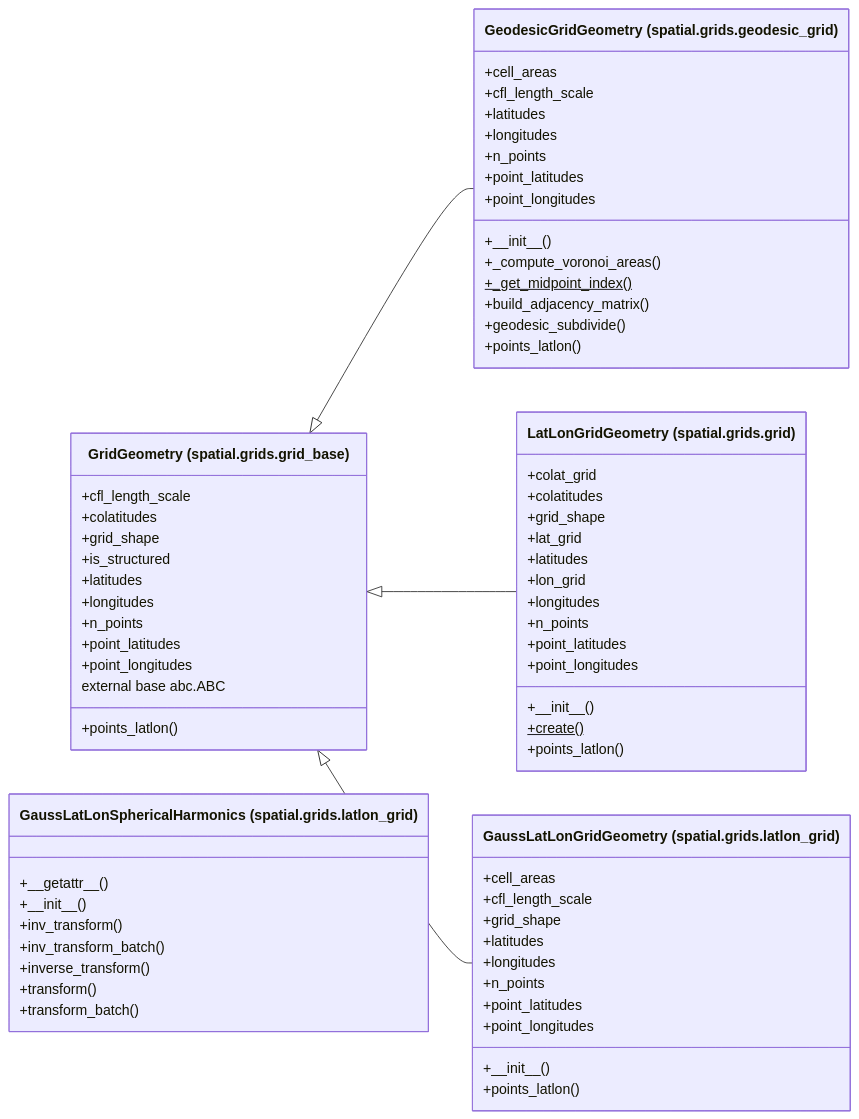
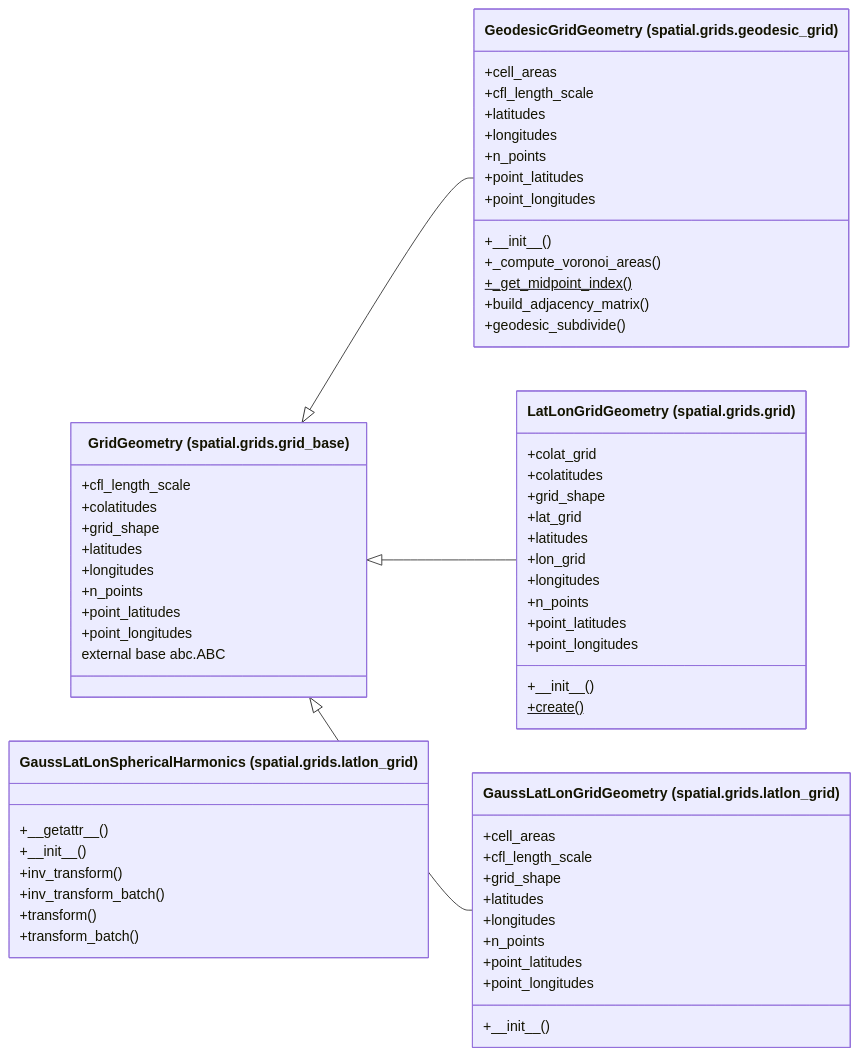
The diagram in docs/architecture/current/classes/tropoi.spatial.grids.mmd (AlexandreEros/Palintropos), drawn with Mermaid before and after one commit. The commit also changed 45 other files, not shown here.

```diff
--- a/docs/architecture/current/classes/tropoi.spatial.grids.mmd
+++ b/docs/architecture/current/classes/tropoi.spatial.grids.mmd
@@ -1,66 +1,60 @@
 %% Generated by tools.architecture 1.0.0. Do not edit by hand.
 %% All classes defined in package tropoi.spatial.grids.
 classDiagram
     direction LR
     class c_tropoi_ospatial_ogrids_ogeodesic__grid_oGeodesicGridGeometry["GeodesicGridGeometry (spatial.grids.geodesic_grid)"]
     c_tropoi_ospatial_ogrids_ogeodesic__grid_oGeodesicGridGeometry : +#95;#95;init#95;#95;()
     c_tropoi_ospatial_ogrids_ogeodesic__grid_oGeodesicGridGeometry : +#95;compute#95;voronoi#95;areas()
     c_tropoi_ospatial_ogrids_ogeodesic__grid_oGeodesicGridGeometry : +#95;get#95;midpoint#95;index()$
     c_tropoi_ospatial_ogrids_ogeodesic__grid_oGeodesicGridGeometry : +build#95;adjacency#95;matrix()
     c_tropoi_ospatial_ogrids_ogeodesic__grid_oGeodesicGridGeometry : +cell#95;areas
     c_tropoi_ospatial_ogrids_ogeodesic__grid_oGeodesicGridGeometry : +cfl#95;length#95;scale
     c_tropoi_ospatial_ogrids_ogeodesic__grid_oGeodesicGridGeometry : +geodesic#95;subdivide()
     c_tropoi_ospatial_ogrids_ogeodesic__grid_oGeodesicGridGeometry : +latitudes
     c_tropoi_ospatial_ogrids_ogeodesic__grid_oGeodesicGridGeometry : +longitudes
     c_tropoi_ospatial_ogrids_ogeodesic__grid_oGeodesicGridGeometry : +n#95;points
     c_tropoi_ospatial_ogrids_ogeodesic__grid_oGeodesicGridGeometry : +point#95;latitudes
     c_tropoi_ospatial_ogrids_ogeodesic__grid_oGeodesicGridGeometry : +point#95;longitudes
-    c_tropoi_ospatial_ogrids_ogeodesic__grid_oGeodesicGridGeometry : +points#95;latlon()
     class c_tropoi_ospatial_ogrids_ogrid_oLatLonGridGeometry["LatLonGridGeometry (spatial.grids.grid)"]
     c_tropoi_ospatial_ogrids_ogrid_oLatLonGridGeometry : +#95;#95;init#95;#95;()
     c_tropoi_ospatial_ogrids_ogrid_oLatLonGridGeometry : +colat#95;grid
     c_tropoi_ospatial_ogrids_ogrid_oLatLonGridGeometry : +colatitudes
     c_tropoi_ospatial_ogrids_ogrid_oLatLonGridGeometry : +create()$
     c_tropoi_ospatial_ogrids_ogrid_oLatLonGridGeometry : +grid#95;shape
     c_tropoi_ospatial_ogrids_ogrid_oLatLonGridGeometry : +lat#95;grid
     c_tropoi_ospatial_ogrids_ogrid_oLatLonGridGeometry : +latitudes
     c_tropoi_ospatial_ogrids_ogrid_oLatLonGridGeometry : +lon#95;grid
     c_tropoi_ospatial_ogrids_ogrid_oLatLonGridGeometry : +longitudes
     c_tropoi_ospatial_ogrids_ogrid_oLatLonGridGeometry : +n#95;points
     c_tropoi_ospatial_ogrids_ogrid_oLatLonGridGeometry : +point#95;latitudes
     c_tropoi_ospatial_ogrids_ogrid_oLatLonGridGeometry : +point#95;longitudes
-    c_tropoi_ospatial_ogrids_ogrid_oLatLonGridGeometry : +points#95;latlon()
     class c_tropoi_ospatial_ogrids_ogrid__base_oGridGeometry["GridGeometry (spatial.grids.grid_base)"]
     c_tropoi_ospatial_ogrids_ogrid__base_oGridGeometry : +cfl#95;length#95;scale
     c_tropoi_ospatial_ogrids_ogrid__base_oGridGeometry : +colatitudes
     c_tropoi_ospatial_ogrids_ogrid__base_oGridGeometry : +grid#95;shape
-    c_tropoi_ospatial_ogrids_ogrid__base_oGridGeometry : +is#95;structured
     c_tropoi_ospatial_ogrids_ogrid__base_oGridGeometry : +latitudes
     c_tropoi_ospatial_ogrids_ogrid__base_oGridGeometry : +longitudes
     c_tropoi_ospatial_ogrids_ogrid__base_oGridGeometry : +n#95;points
     c_tropoi_ospatial_ogrids_ogrid__base_oGridGeometry : +point#95;latitudes
     c_tropoi_ospatial_ogrids_ogrid__base_oGridGeometry : +point#95;longitudes
-    c_tropoi_ospatial_ogrids_ogrid__base_oGridGeometry : +points#95;latlon()
     c_tropoi_ospatial_ogrids_ogrid__base_oGridGeometry : external base abc.ABC
     class c_tropoi_ospatial_ogrids_olatlon__grid_oGaussLatLonGridGeometry["GaussLatLonGridGeometry (spatial.grids.latlon_grid)"]
     c_tropoi_ospatial_ogrids_olatlon__grid_oGaussLatLonGridGeometry : +#95;#95;init#95;#95;()
     c_tropoi_ospatial_ogrids_olatlon__grid_oGaussLatLonGridGeometry : +cell#95;areas
     c_tropoi_ospatial_ogrids_olatlon__grid_oGaussLatLonGridGeometry : +cfl#95;length#95;scale
     c_tropoi_ospatial_ogrids_olatlon__grid_oGaussLatLonGridGeometry : +grid#95;shape
     c_tropoi_ospatial_ogrids_olatlon__grid_oGaussLatLonGridGeometry : +latitudes
     c_tropoi_ospatial_ogrids_olatlon__grid_oGaussLatLonGridGeometry : +longitudes
     c_tropoi_ospatial_ogrids_olatlon__grid_oGaussLatLonGridGeometry : +n#95;points
     c_tropoi_ospatial_ogrids_olatlon__grid_oGaussLatLonGridGeometry : +point#95;latitudes
     c_tropoi_ospatial_ogrids_olatlon__grid_oGaussLatLonGridGeometry : +point#95;longitudes
-    c_tropoi_ospatial_ogrids_olatlon__grid_oGaussLatLonGridGeometry : +points#95;latlon()
     class c_tropoi_ospatial_ogrids_olatlon__grid_oGaussLatLonSphericalHarmonics["GaussLatLonSphericalHarmonics (spatial.grids.latlon_grid)"]
     c_tropoi_ospatial_ogrids_olatlon__grid_oGaussLatLonSphericalHarmonics : +#95;#95;getattr#95;#95;()
     c_tropoi_ospatial_ogrids_olatlon__grid_oGaussLatLonSphericalHarmonics : +#95;#95;init#95;#95;()
     c_tropoi_ospatial_ogrids_olatlon__grid_oGaussLatLonSphericalHarmonics : +inv#95;transform()
     c_tropoi_ospatial_ogrids_olatlon__grid_oGaussLatLonSphericalHarmonics : +inv#95;transform#95;batch()
-    c_tropoi_ospatial_ogrids_olatlon__grid_oGaussLatLonSphericalHarmonics : +inverse#95;transform()
     c_tropoi_ospatial_ogrids_olatlon__grid_oGaussLatLonSphericalHarmonics : +transform()
     c_tropoi_ospatial_ogrids_olatlon__grid_oGaussLatLonSphericalHarmonics : +transform#95;batch()
     c_tropoi_ospatial_ogrids_ogrid__base_oGridGeometry <|-- c_tropoi_ospatial_ogrids_ogeodesic__grid_oGeodesicGridGeometry
     c_tropoi_ospatial_ogrids_ogrid__base_oGridGeometry <|-- c_tropoi_ospatial_ogrids_ogrid_oLatLonGridGeometry
     c_tropoi_ospatial_ogrids_ogrid__base_oGridGeometry <|-- c_tropoi_ospatial_ogrids_olatlon__grid_oGaussLatLonGridGeometry
```
